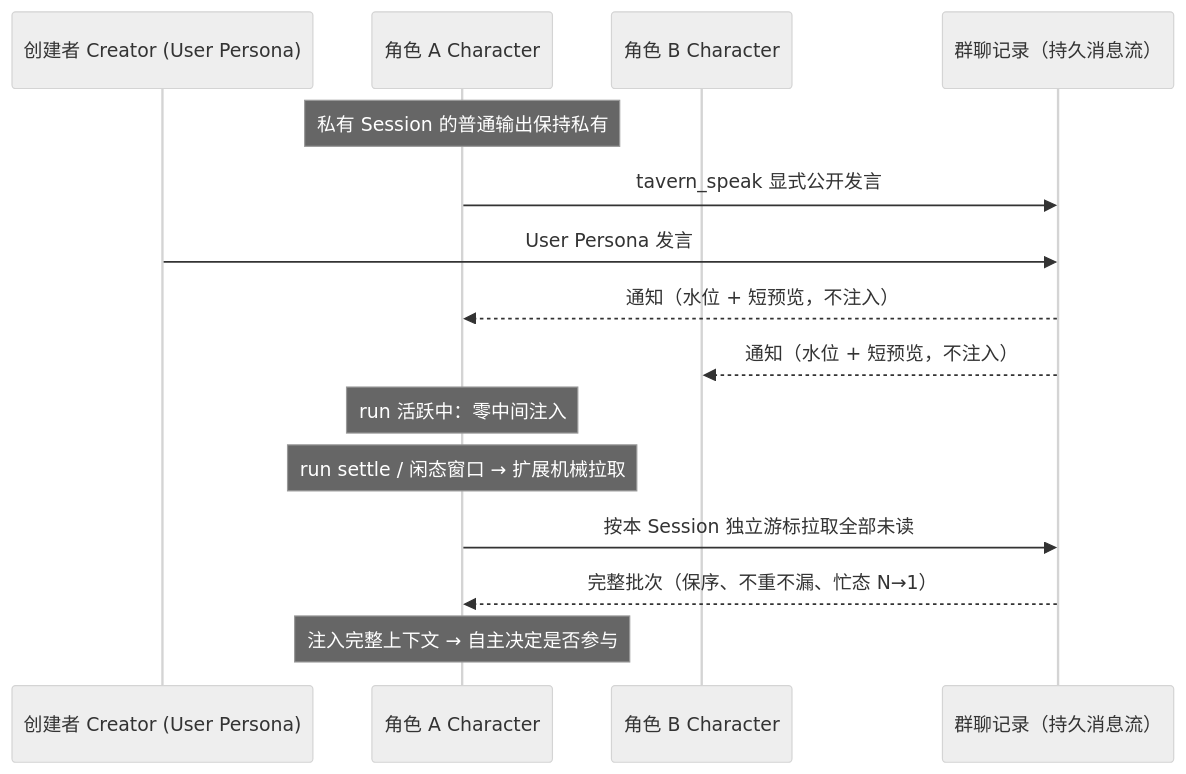
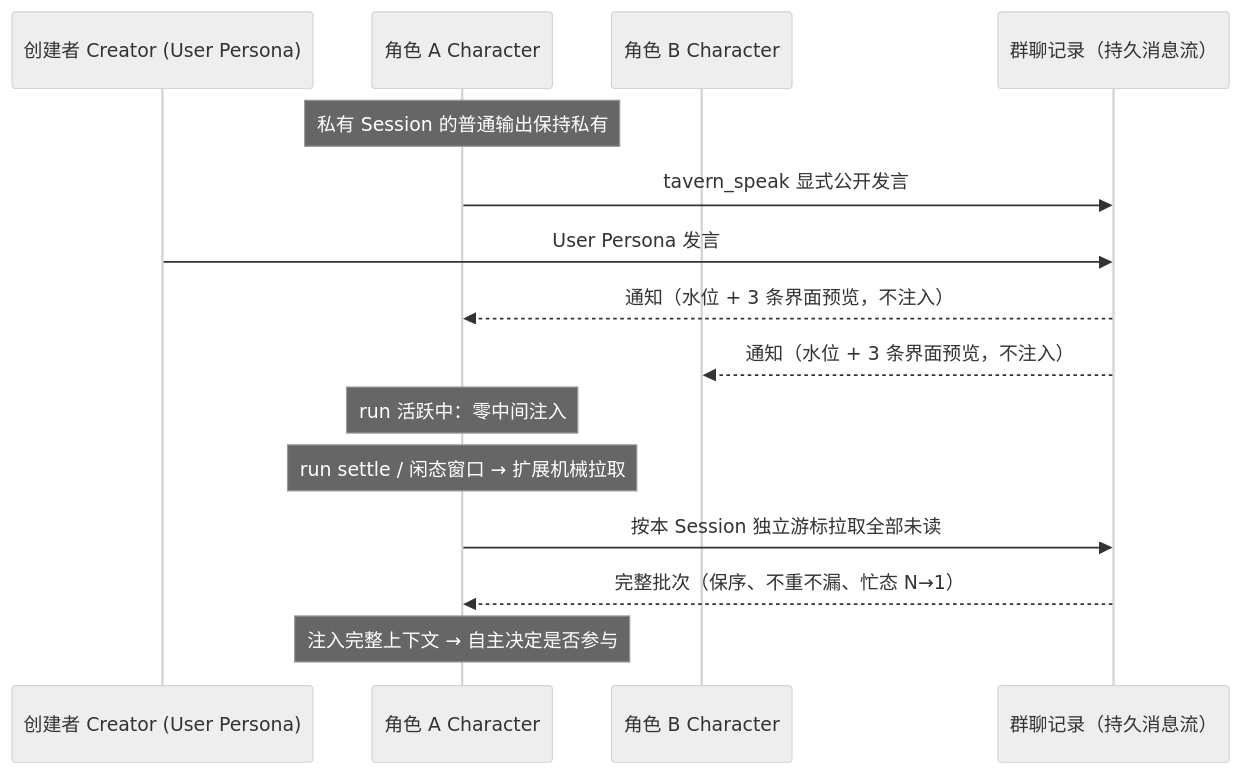
One commit to icylight/pi-tavern changed the diagram in README.md. Above: the diagram before and after it, drawn with Mermaid (neutral theme). The commit also changed other lines of this file and 1 other file, not shown here.

Commit message:
docs(readme): 通知载荷措辞终稿——水位+最近 3 条完整消息（条数是短点，正文非截断；仅界面快照、零注入，Arch 终稿 + QA 确认）

````diff
--- a/README.md
+++ b/README.md
@@ -23,18 +23,18 @@
 ```mermaid
 sequenceDiagram
     participant C as 创建者 Creator (User Persona)
     participant A as 角色 A Character
     participant B as 角色 B Character
     participant S as 群聊记录（持久消息流）
 
     Note over A: 私有 Session 的普通输出保持私有
     A->>S: tavern_speak 显式公开发言
     C->>S: User Persona 发言
-    S-->>A: 通知（水位 + 短预览，不注入）
-    S-->>B: 通知（水位 + 短预览，不注入）
+    S-->>A: 通知（水位 + 3 条界面预览，不注入）
+    S-->>B: 通知（水位 + 3 条界面预览，不注入）
     Note over A: run 活跃中：零中间注入
     Note over A: run settle / 闲态窗口 → 扩展机械拉取
     A->>S: 按本 Session 独立游标拉取全部未读
     S-->>A: 完整批次（保序、不重不漏、忙态 N→1）
     Note over A: 注入完整上下文 → 自主决定是否参与
 ```
````
